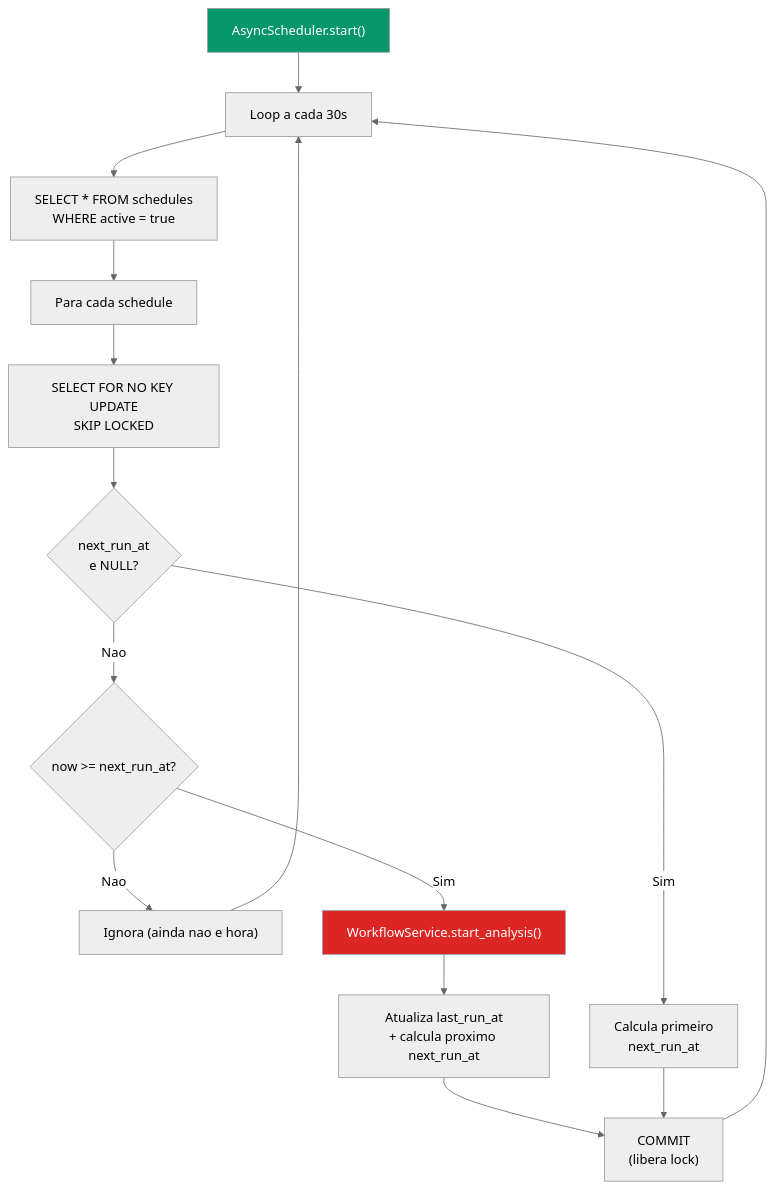
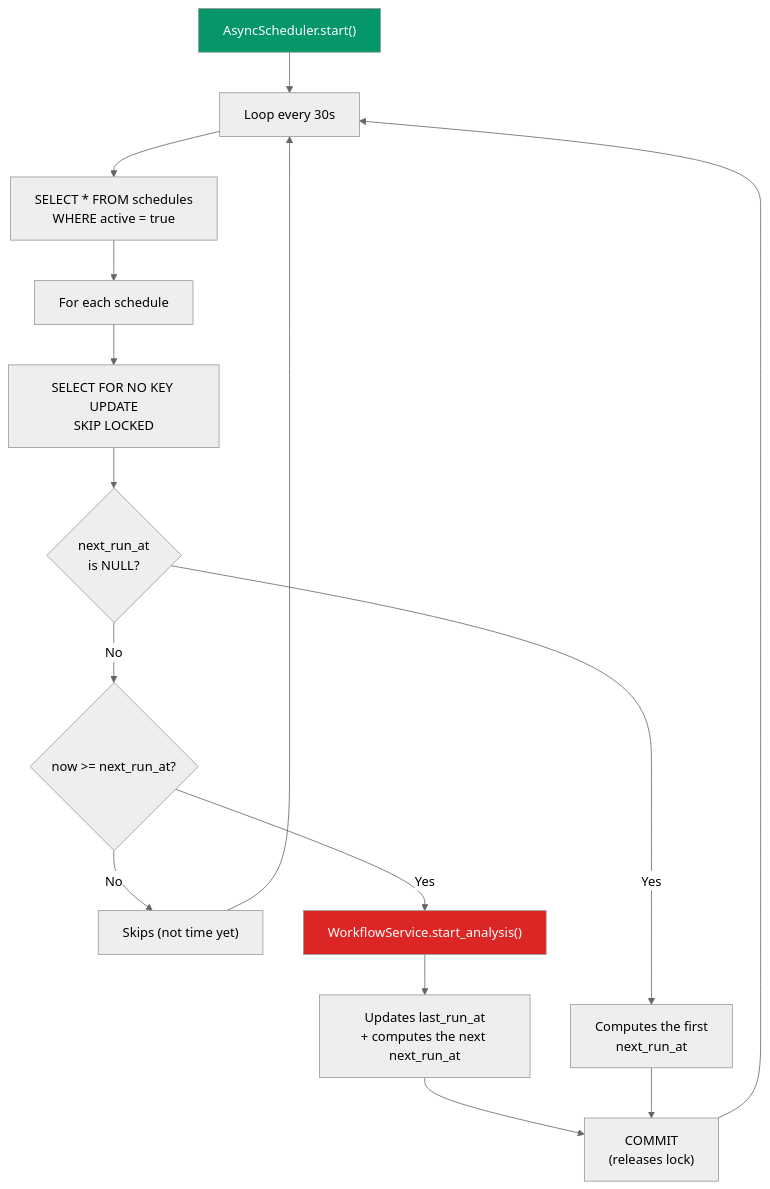
The eighth of 15 diagrams in docs/architecture.md (jlanio/atlans), drawn with Mermaid (neutral theme) before and after one commit. The commit also changed other lines of this file and 41 other files, not shown here.

````diff
--- a/docs/architecture.md
+++ b/docs/architecture.md
@@ -849,24 +850,24 @@
 ```mermaid
 flowchart TD
-    START["AsyncScheduler.start()"] --> LOOP["Loop a cada 30s"]
+    START["AsyncScheduler.start()"] --> LOOP["Loop every 30s"]
     LOOP --> QUERY["SELECT * FROM schedules<br/>WHERE active = true"]
-    QUERY --> FOREACH["Para cada schedule"]
+    QUERY --> FOREACH["For each schedule"]
 
     FOREACH --> LOCK["SELECT FOR NO KEY UPDATE<br/>SKIP LOCKED"]
-    LOCK --> CHECK_NULL{"next_run_at<br/>e NULL?"}
-    CHECK_NULL -->|"Sim"| COMPUTE_FIRST["Calcula primeiro<br/>next_run_at"]
-    CHECK_NULL -->|"Nao"| CHECK_TIME{"now >= next_run_at?"}
+    LOCK --> CHECK_NULL{"next_run_at<br/>is NULL?"}
+    CHECK_NULL -->|"Yes"| COMPUTE_FIRST["Computes the first<br/>next_run_at"]
+    CHECK_NULL -->|"No"| CHECK_TIME{"now >= next_run_at?"}
 
-    CHECK_TIME -->|"Nao"| SKIP["Ignora (ainda nao e hora)"]
-    CHECK_TIME -->|"Sim"| FIRE["WorkflowService.start_analysis()"]
+    CHECK_TIME -->|"No"| SKIP["Skips (not time yet)"]
+    CHECK_TIME -->|"Yes"| FIRE["WorkflowService.start_analysis()"]
 
-    FIRE --> UPDATE["Atualiza last_run_at<br/>+ calcula proximo next_run_at"]
-    UPDATE --> COMMIT["COMMIT<br/>(libera lock)"]
+    FIRE --> UPDATE["Updates last_run_at<br/>+ computes the next next_run_at"]
+    UPDATE --> COMMIT["COMMIT<br/>(releases lock)"]
 
     COMPUTE_FIRST --> COMMIT
     SKIP --> LOOP
     COMMIT --> LOOP
 
     style START fill:#059669,color:#fff
     style FIRE fill:#dc2626,color:#fff
 ```
````
